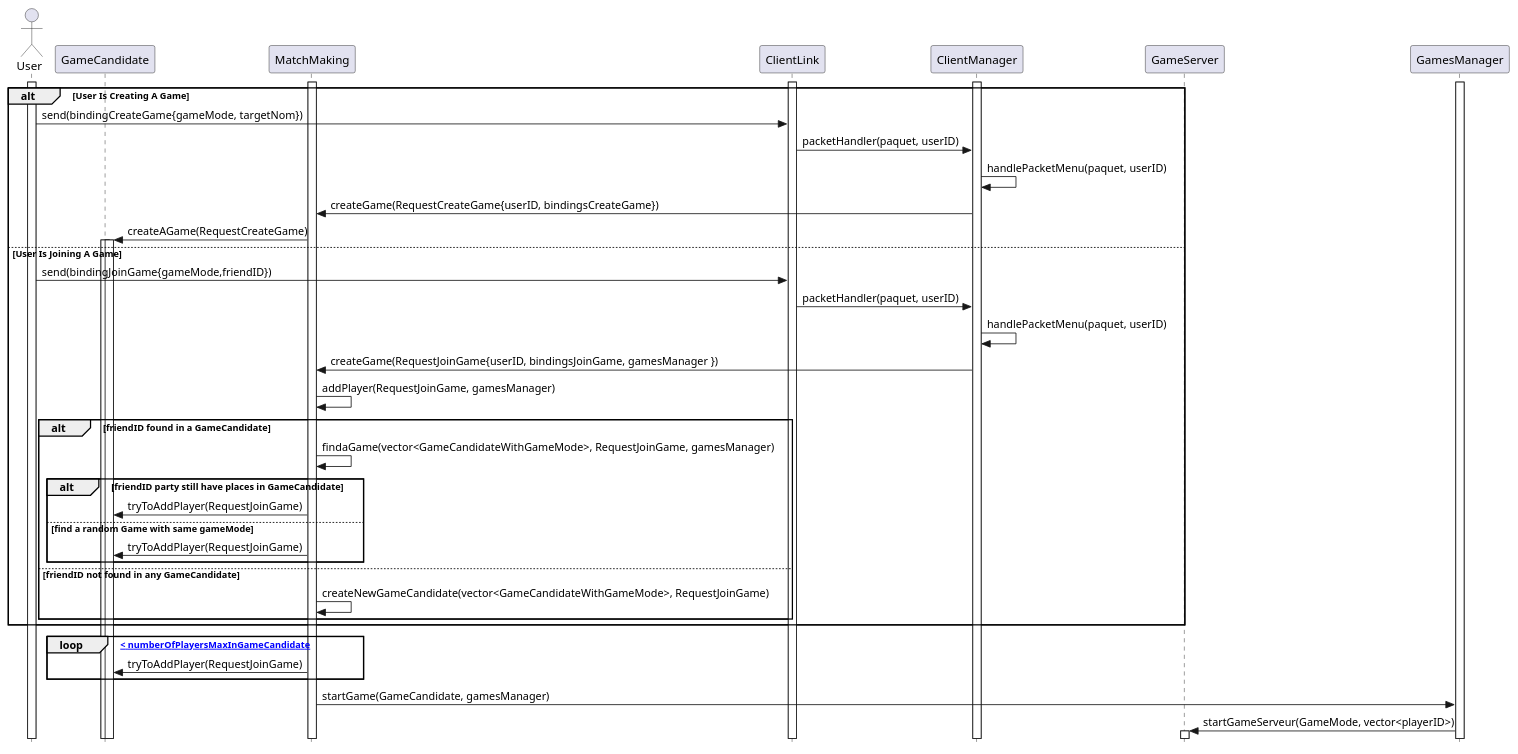
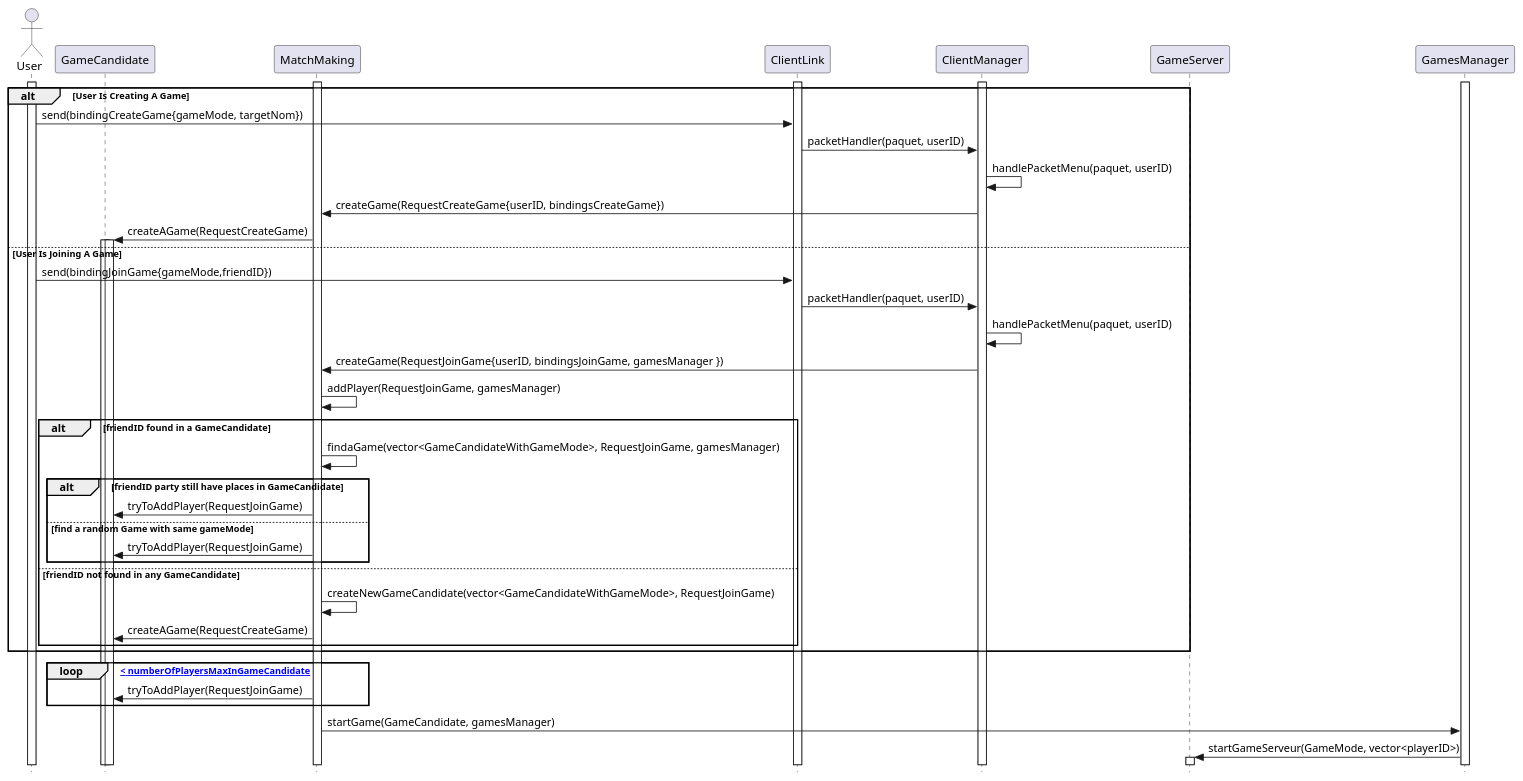
One commit to ulb-info2-group5/Royal-Blocks changed the diagram in doc/uml/sequence/MatchMakingServerSequence.plantuml. Above: the diagram before and after it, drawn with PlantUML. The commit also changed 4 other files, not shown here.

```diff
--- a/doc/uml/sequence/MatchMakingServerSequence.plantuml
+++ b/doc/uml/sequence/MatchMakingServerSequence.plantuml
@@ -1,54 +1,55 @@
 @startuml MatchMakingServerSequence
 
 skinparam style strictuml
 
 actor User
 participant GameCandidate
 participant MatchMaking
 participant ClientLink
 participant ClientManager
 participant GameServer
 participant GamesManager
 
 activate User
 activate ClientLink
 activate ClientManager
 activate GamesManager
 activate MatchMaking
 
 alt User Is Creating A Game
     User -> ClientLink : send(bindingCreateGame{gameMode, targetNom})
     ClientLink -> ClientManager : packetHandler(paquet, userID)
     ClientManager -> ClientManager : handlePacketMenu(paquet, userID)
     ClientManager -> MatchMaking : createGame(RequestCreateGame{userID, bindingsCreateGame})
     MatchMaking -> GameCandidate : createAGame(RequestCreateGame)
     activate GameCandidate
 else User Is Joining A Game
     activate GameCandidate
     User -> ClientLink : send(bindingJoinGame{gameMode,friendID})
     ClientLink -> ClientManager : packetHandler(paquet, userID)
     ClientManager -> ClientManager : handlePacketMenu(paquet, userID)
     ClientManager -> MatchMaking : createGame(RequestJoinGame{userID, bindingsJoinGame, gamesManager })
     MatchMaking -> MatchMaking : addPlayer(RequestJoinGame, gamesManager)
 
     alt friendID found in a GameCandidate
         MatchMaking -> MatchMaking : findaGame(vector<GameCandidateWithGameMode>, RequestJoinGame, gamesManager)
         alt friendID party still have places in GameCandidate
             MatchMaking -> GameCandidate : tryToAddPlayer(RequestJoinGame)
         else find a random Game with same gameMode
             MatchMaking -> GameCandidate : tryToAddPlayer(RequestJoinGame)
         end
     else friendID not found in any GameCandidate
         MatchMaking -> MatchMaking : createNewGameCandidate(vector<GameCandidateWithGameMode>, RequestJoinGame)
+        MatchMaking -> GameCandidate : createAGame(RequestCreateGame)
     end
 end 
 
 loop [ numberOfPlayersInGameCandidate < numberOfPlayersMaxInGameCandidate ]
     MatchMaking -> GameCandidate : tryToAddPlayer(RequestJoinGame)
 end 
 
 MatchMaking -> GamesManager : startGame(GameCandidate, gamesManager)
 GamesManager -> GameServer : startGameServeur(GameMode, vector<playerID>)
 activate GameServer
 
 @enduml
```
